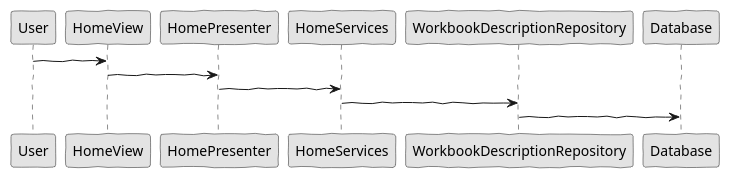
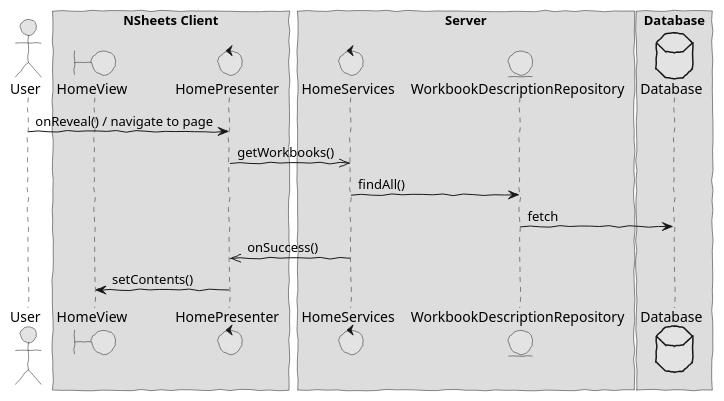
Before and after one commit to HugoFernandes2343/LAPR4_2017-2018: the diagram in docs/white/s4567890/sp1/analysis.puml, drawn with PlantUML. The commit also changed 2 other files, not shown here.

Commit message:
Core00.0 Analysis: update to the analysis sequence diagram with vision for integrating database/JPA.

```diff
--- a/docs/white/s4567890/sp1/analysis.puml
+++ b/docs/white/s4567890/sp1/analysis.puml
@@ -1,14 +1,36 @@
 @startuml  analysis.png
 skinparam handwritten true
 skinparam monochrome true
 skinparam packageStyle rect
 skinparam defaultFontName FG Virgil
 skinparam shadowing false
 
-User -> HomeView
-HomeView -> HomePresenter
-HomePresenter -> HomeServices
-HomeServices -> WorkbookDescriptionRepository
-WorkbookDescriptionRepository -> Database
+actor User
+boundary HomeView
+control HomePresenter
+control HomeServices
+entity WorkbookDescriptionRepository
+database Database 
+
+box "NSheets Client"
+participant HomeView
+participant HomePresenter 
+end box
+
+box "Server"
+participant HomeServices
+participant WorkbookDescriptionRepository
+end box
+
+box "Database"
+participant Database
+end box
+
+User -> HomePresenter : onReveal() / navigate to page 
+HomePresenter ->> HomeServices : getWorkbooks()
+HomeServices -> WorkbookDescriptionRepository : findAll()
+WorkbookDescriptionRepository -> Database : fetch
+HomeServices ->> HomePresenter : onSuccess() 
+HomePresenter -> HomeView : setContents()
 
 @enduml
```
